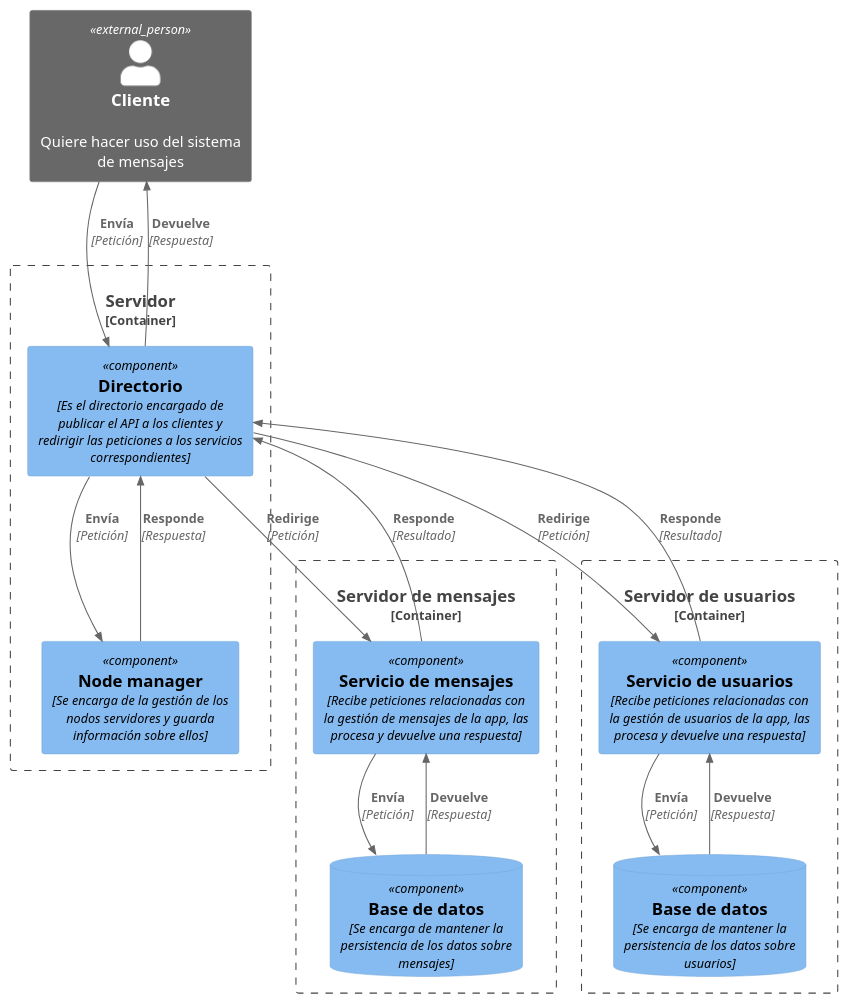
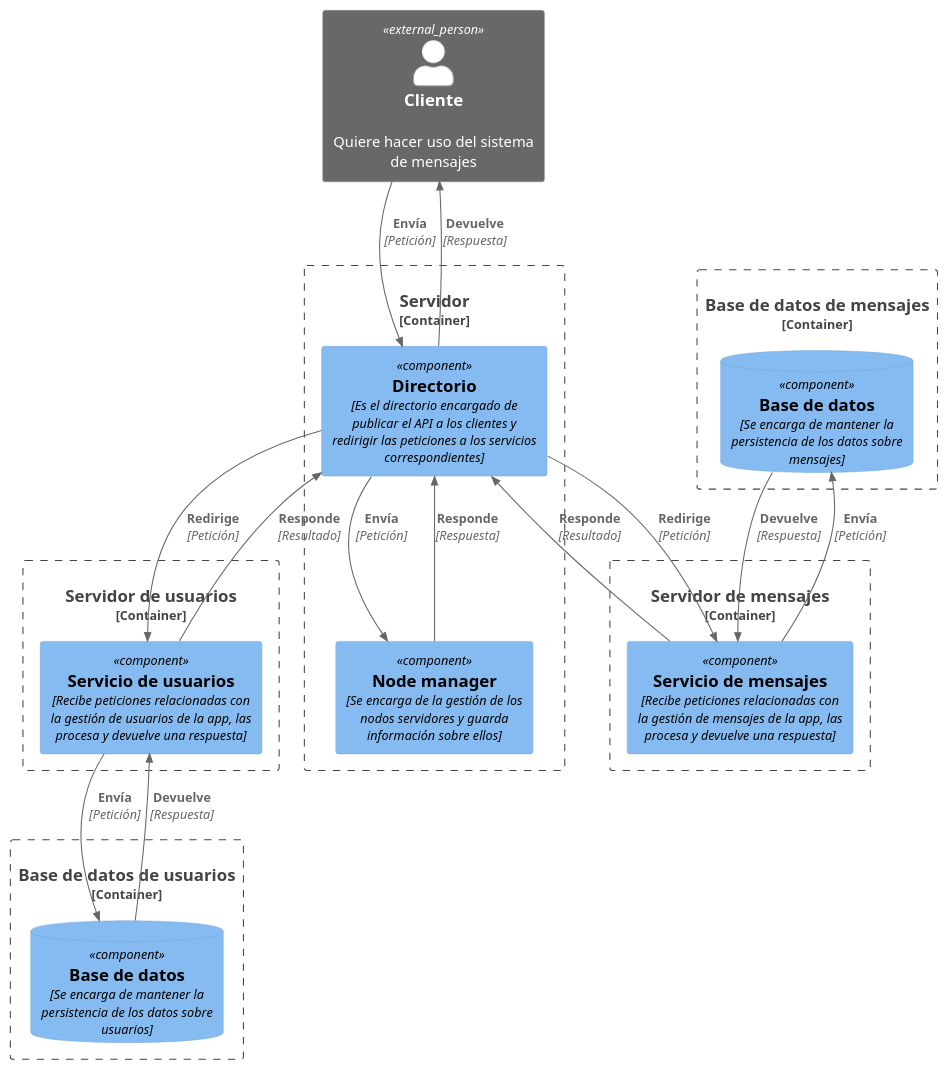
One commit to UDC-FIC-AS/practica-final-davidgsalvado changed the diagram in presentación/Documentacion/componente.pu. Above: the diagram before and after it, drawn with PlantUML. The commit also changed 3 other files, not shown here.

Commit message:
Actualización de diagramas C4

```diff
--- a/presentación/Documentacion/componente.pu
+++ b/presentación/Documentacion/componente.pu
@@ -1,51 +1,62 @@
 @startuml Component
 !include https://raw.githubusercontent.com/plantuml-stdlib/C4-PlantUML/master/C4_Component.puml
 
 Person_Ext(personAlias, "Cliente", "Quiere hacer uso del sistema de mensajes")
 
 Container_Boundary(servidor, "Servidor") {
     Component(directorio, "Directorio", "Es el directorio encargado de publicar el API a los clientes y redirigir las peticiones a los servicios correspondientes")
     Component(nodo, "Node manager", "Se encarga de la gestión de los nodos servidores y guarda información sobre ellos")
    
        
 }
 
 Container_Boundary(servidor1, "Servidor de mensajes") {
     Component(mensajes, "Servicio de mensajes", "Recibe peticiones relacionadas con la gestión de mensajes de la app, las procesa y devuelve una respuesta")
-    ComponentDb(message_db, "Base de datos", "Se encarga de mantener la persistencia de los datos sobre mensajes")
+   
 
 }
 
 Container_Boundary(servidor2, "Servidor de usuarios") {
     Component(usuarios, "Servicio de usuarios", "Recibe peticiones relacionadas con la gestión de usuarios de la app, las procesa y devuelve una respuesta")
+    
+}
+
+Container_Boundary(bd1, "Base de datos de usuarios") {
     ComponentDb(user_db, "Base de datos", "Se encarga de mantener la persistencia de los datos sobre usuarios")
 
+
 }
+
+Container_Boundary(bd2, "Base de datos de mensajes") {
+     ComponentDb(message_db, "Base de datos", "Se encarga de mantener la persistencia de los datos sobre mensajes")
+
+}
+
 
 
 
 
 
 
 
 
 
 Rel(personAlias, directorio, "Envía", "Petición")
 Rel(directorio, personAlias, "Devuelve", "Respuesta")
 
 Rel(mensajes, directorio, "Responde", "Resultado")
 Rel(directorio, mensajes, "Redirige", "Petición")
 
 Rel(usuarios, directorio, "Responde", "Resultado")
 Rel(directorio, usuarios, "Redirige", "Petición")
 
 Rel(directorio, nodo, "Envía", "Petición")
 Rel(nodo, directorio, "Responde", "Respuesta")
 
 
 Rel(mensajes, message_db, "Envía", "Petición")
 Rel(message_db, mensajes, "Devuelve", "Respuesta")
 
 Rel(usuarios, user_db, "Envía", "Petición")
 Rel(user_db, usuarios, "Devuelve", "Respuesta")
 @enduml
```
